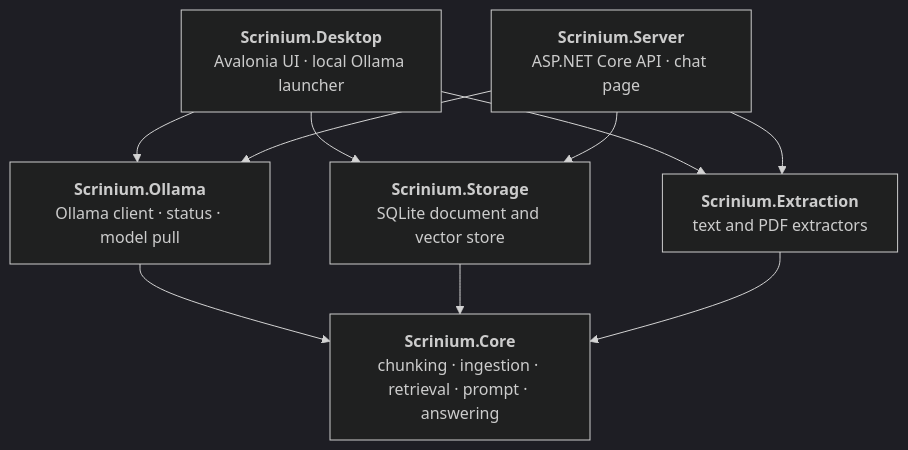
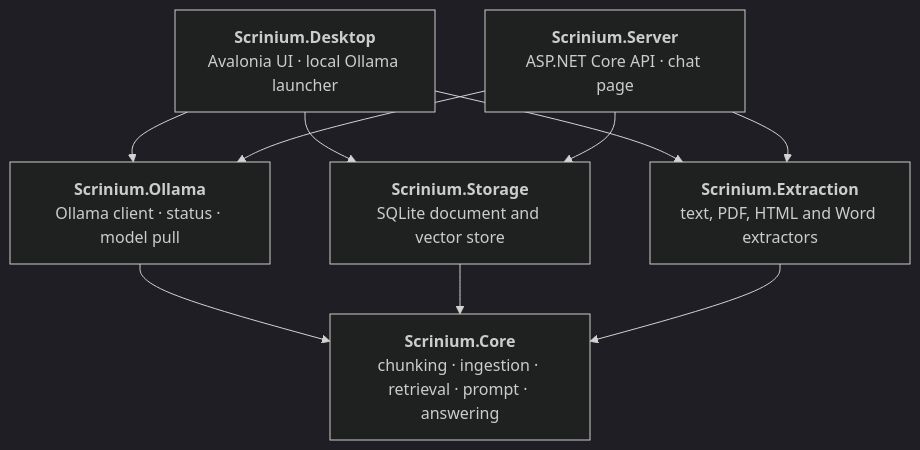
Before and after one commit to sburdenko/scrinium: the fifth of 5 diagrams in README.md, drawn with Mermaid (dark theme). The commit also changed other lines of this file and 10 other files, not shown here.

First line of the commit message:
docs: add the Brightmoor Labs demo for HTML, Word, code and long sections

````diff
--- a/README.md
+++ b/README.md
@@ -273,19 +274,19 @@
 ```mermaid
 flowchart TB
     Desktop["<b>Scrinium.Desktop</b><br/>Avalonia UI · local Ollama launcher"]
     Server["<b>Scrinium.Server</b><br/>ASP.NET Core API · chat page"]
     Ollama["<b>Scrinium.Ollama</b><br/>Ollama client · status · model pull"]
     Storage["<b>Scrinium.Storage</b><br/>SQLite document and vector store"]
-    Extraction["<b>Scrinium.Extraction</b><br/>text and PDF extractors"]
+    Extraction["<b>Scrinium.Extraction</b><br/>text, PDF, HTML and Word extractors"]
     Core["<b>Scrinium.Core</b><br/>chunking · ingestion · retrieval · prompt · answering"]
 
     Desktop --> Ollama
     Desktop --> Storage
     Desktop --> Extraction
     Server --> Ollama
     Server --> Storage
     Server --> Extraction
     Ollama --> Core
     Storage --> Core
     Extraction --> Core
 ```
````
